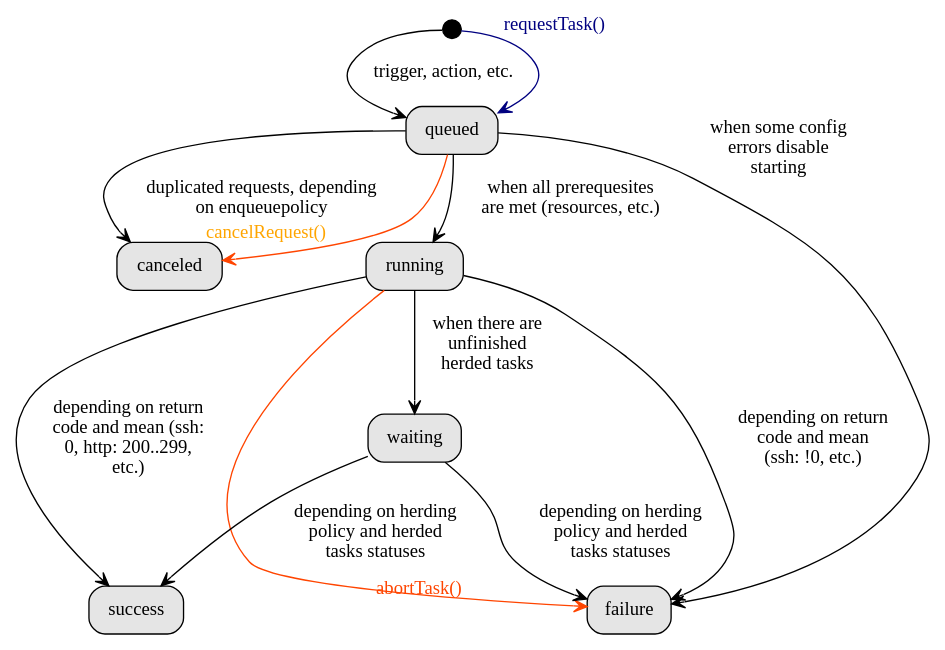
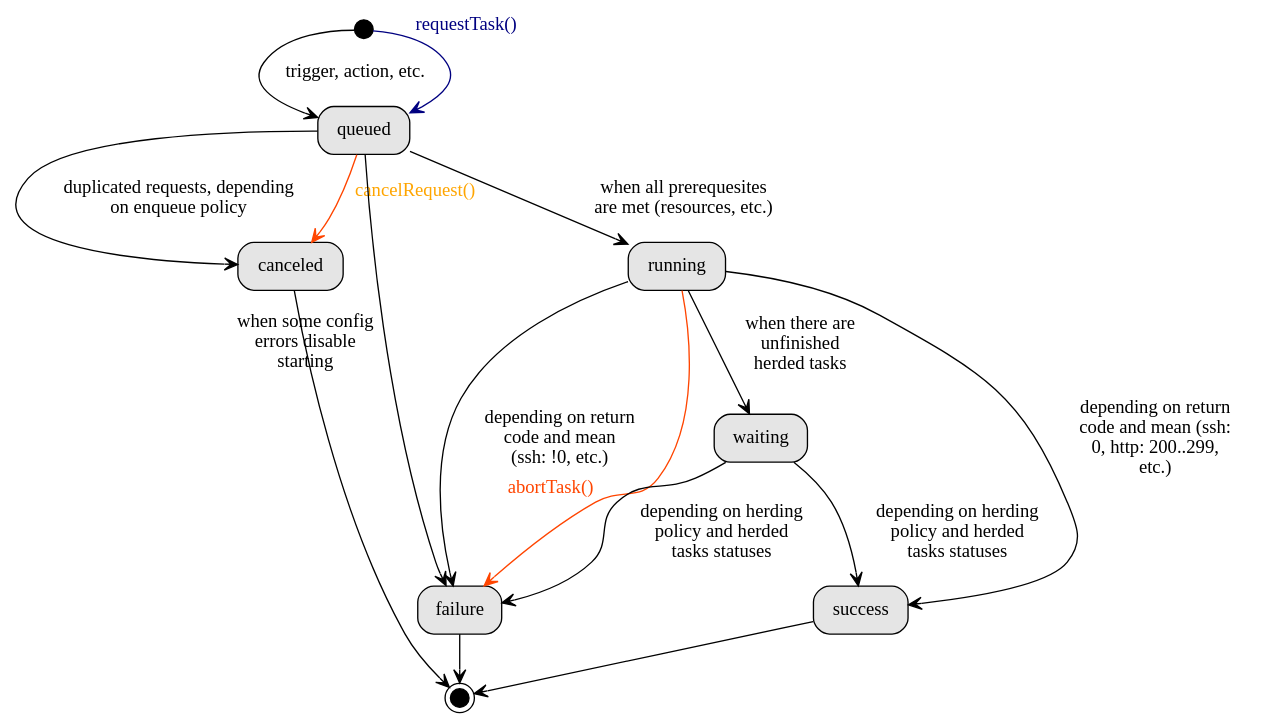
The diagram in doc/taskinstances_statuses.dot (g76r/libqron), drawn with Graphviz before and after one commit. The commit also changed 7 other files, not shown here.

```diff
--- a/doc/taskinstances_statuses.dot
+++ b/doc/taskinstances_statuses.dot
@@ -1,27 +1,31 @@
 graph g {
   newrank=true;
   graph [xcompound=true,xranksep=1,splines=true,xrankdir=LR]
   edge [arrowhead=vee,dir=forward]
   node [shape=box,style="rounded,filled",fillcolor=grey90]
 
   start [shape=circle,style=filled,width=.2,label="",fillcolor=black]
+  end [shape=circle,style=filled,width=.2,peripheries=2,label="",fillcolor=black]
 
   start -- queued [label="trigger, action, etc."]
-  queued -- canceled [label="duplicated requests, depending\non enqueuepolicy"]
+  queued -- canceled [label="duplicated requests, depending\non enqueue policy"]
+  canceled -- end
   queued -- running [label="when all prerequesites\nare met (resources, etc.)"]
   running -- waiting [label="when there are\nunfinished\nherded tasks"]
   running -- success [label="depending on return\ncode and mean (ssh:\n0, http: 200..299,\netc.)"]
   running -- failure [label="depending on return\ncode and mean\n(ssh: !0, etc.)"]
   waiting -- success [label="depending on herding\npolicy and herded\ntasks statuses"]
   waiting -- failure [label="depending on herding\npolicy and herded\ntasks statuses"]
   queued -- failure [xlabel="when some config\nerrors disable\nstarting"]
+  success -- end
+  failure -- end
 
   edge [color=navy,fontcolor=navy]
   start -- queued [xlabel="requestTask()"]
 
   edge [color=orangered,fontcolor=orange]
   queued -- canceled [xlabel="cancelRequest()"]
 
   edge [color=orangered,fontcolor=orangered]
   running -- failure [xlabel="abortTask()"]
 }
```
